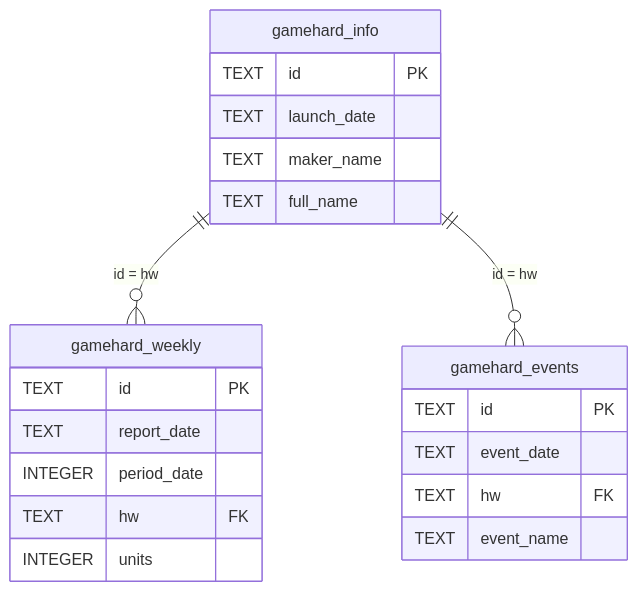
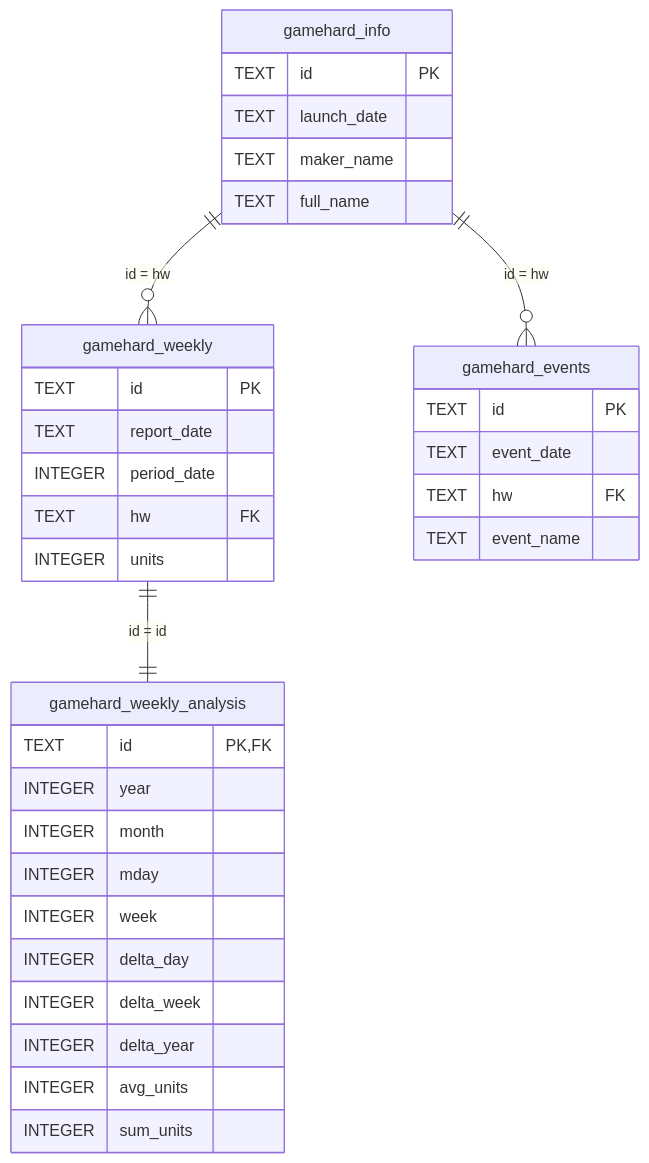
Before and after one commit to hidenden/gamedata: the diagram in database/README.md, drawn with Mermaid. The commit also changed other lines of this file and 2 other files, not shown here.

Commit message:
#18 add  table:gamehard_weekly_analysis

````diff
--- a/database/README.md
+++ b/database/README.md
@@ -79,25 +102,38 @@
 ```mermaid
 erDiagram
     gamehard_info ||--o{ gamehard_weekly : "id = hw"
     gamehard_info ||--o{ gamehard_events : "id = hw"
+    gamehard_weekly ||--|| gamehard_weekly_analysis : "id = id"
 
     gamehard_info {
         TEXT id PK
         TEXT launch_date
         TEXT maker_name
         TEXT full_name
     }
     gamehard_weekly {
         TEXT id PK
         TEXT report_date
         INTEGER period_date
         TEXT hw FK
         INTEGER units
     }
     gamehard_events {
         TEXT id PK
         TEXT event_date
         TEXT hw FK
         TEXT event_name
     }
+    gamehard_weekly_analysis {
+        TEXT id PK, FK
+        INTEGER year
+        INTEGER month
+        INTEGER mday
+        INTEGER week
+        INTEGER delta_day
+        INTEGER delta_week
+        INTEGER delta_year
+        INTEGER avg_units
+        INTEGER sum_units
+    }
 ```
````
